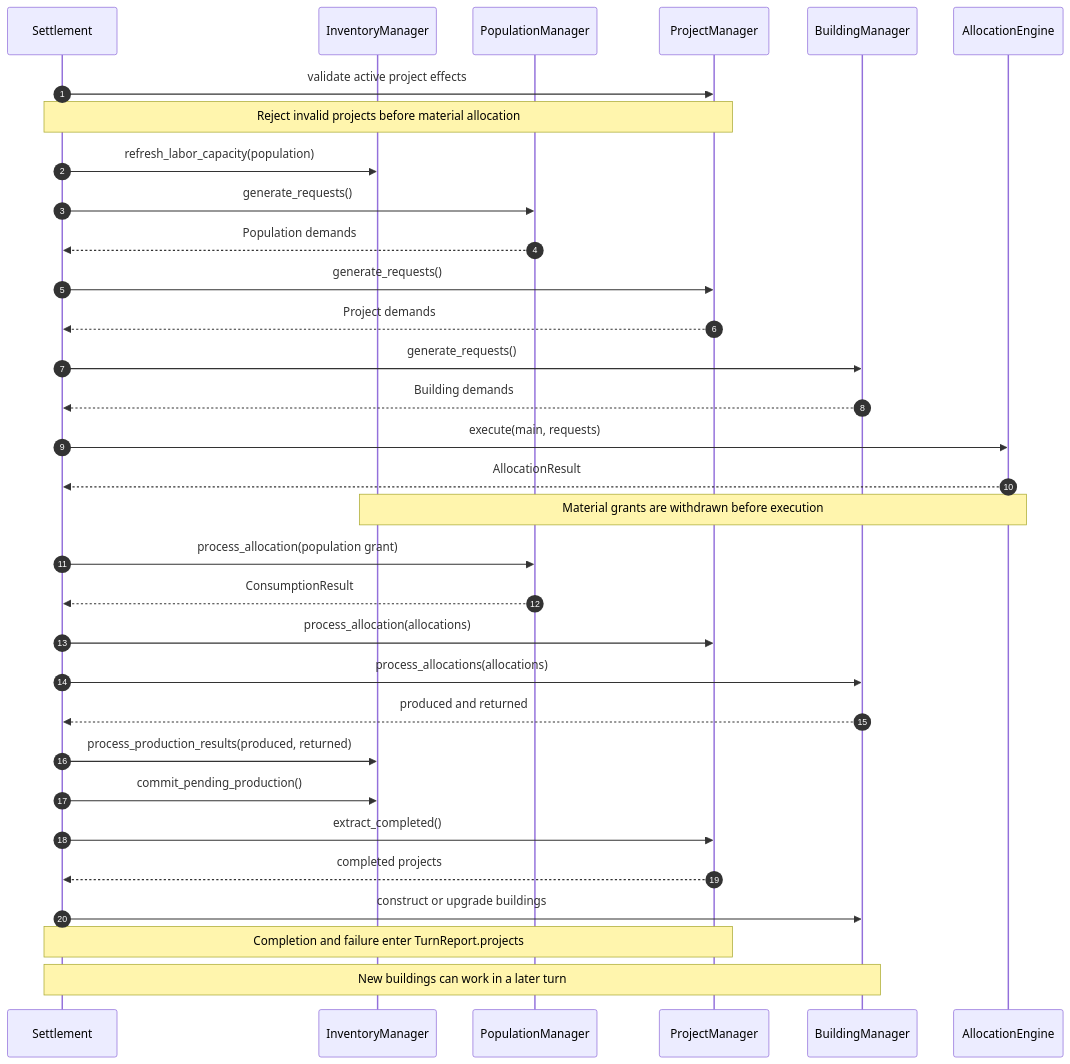
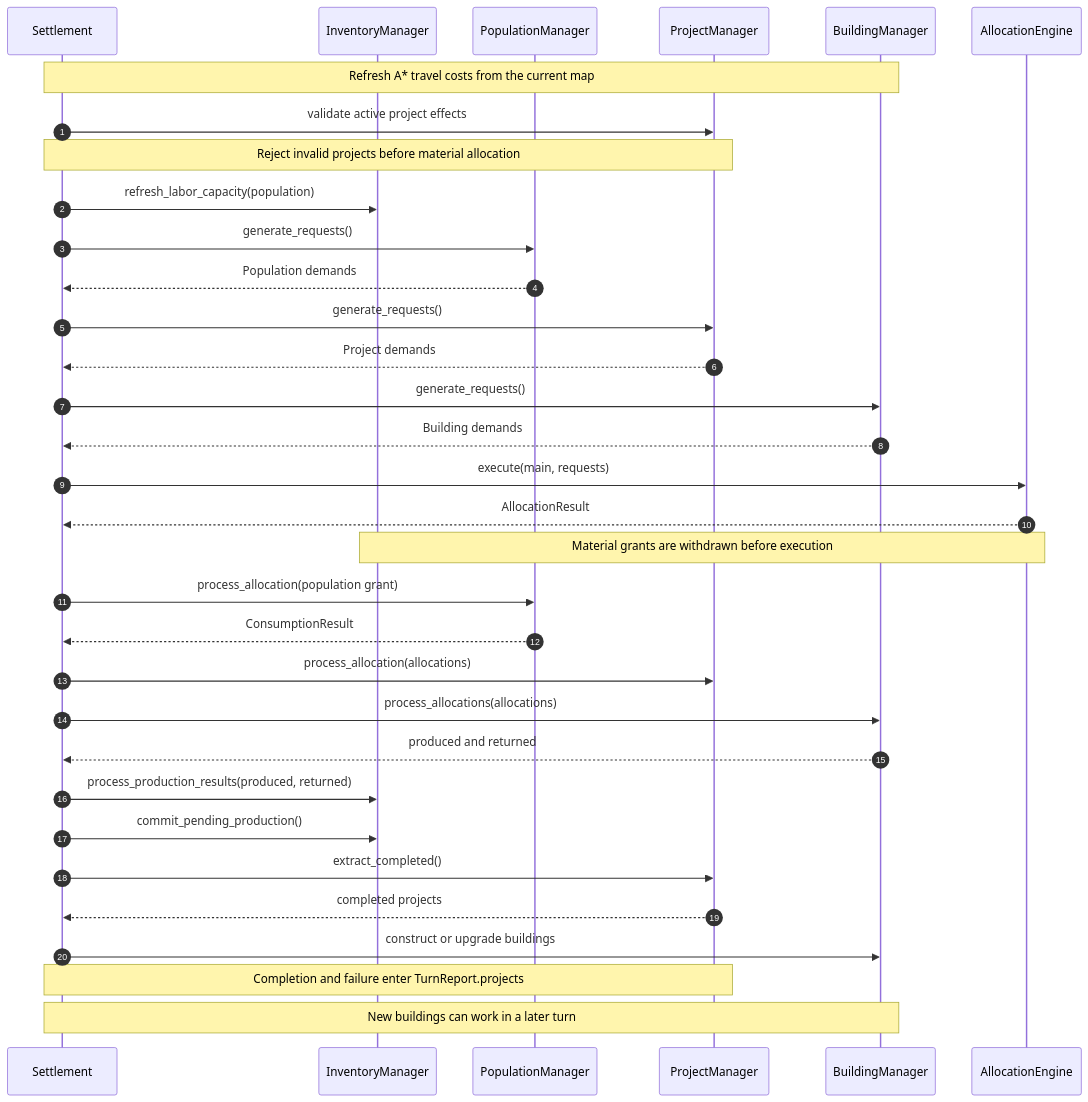
One commit to KMaksymilian/marl-grand-strategy-game changed the second of 2 diagrams in docs/architecture/settlements.md. Above: the diagram before and after it, drawn with Mermaid. The commit also changed other lines of this file and 21 other files, not shown here.

Commit message:
feat(buildings): apply configurable A* travel costs to productivity

````diff
--- a/docs/architecture/settlements.md
+++ b/docs/architecture/settlements.md
@@ -86,34 +87,35 @@
 ```mermaid
 sequenceDiagram
     autonumber
     participant S as Settlement
     participant I as InventoryManager
     participant P as PopulationManager
     participant Q as ProjectManager
     participant B as BuildingManager
     participant A as AllocationEngine
+    Note over S,B: Refresh A* travel costs from the current map
     S->>Q: validate active project effects
     Note over S,Q: Reject invalid projects before material allocation
     S->>I: refresh_labor_capacity(population)
     S->>P: generate_requests()
     P-->>S: Population demands
     S->>Q: generate_requests()
     Q-->>S: Project demands
     S->>B: generate_requests()
     B-->>S: Building demands
     S->>A: execute(main, requests)
     A-->>S: AllocationResult
     Note over A,I: Material grants are withdrawn before execution
     S->>P: process_allocation(population grant)
     P-->>S: ConsumptionResult
     S->>Q: process_allocation(allocations)
     S->>B: process_allocations(allocations)
     B-->>S: produced and returned
     S->>I: process_production_results(produced, returned)
     S->>I: commit_pending_production()
     S->>Q: extract_completed()
     Q-->>S: completed projects
     S->>B: construct or upgrade buildings
     Note over S,Q: Completion and failure enter TurnReport.projects
     Note over S,B: New buildings can work in a later turn
 ```
````
